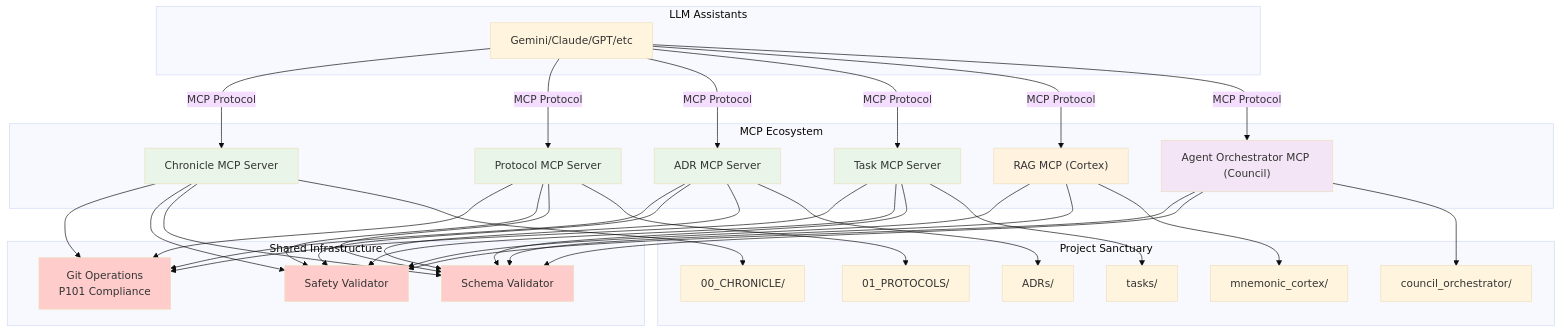
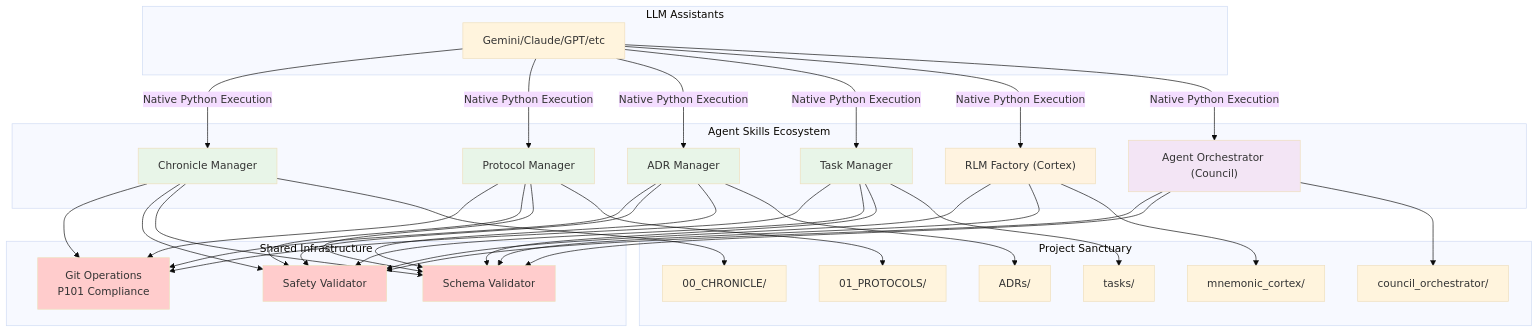
One commit to richfrem/Project_Sanctuary changed the diagram in .agent/skills/chronicle-agent/references/chronicle_ecosystem_context.mmd. Above: the diagram before and after it, drawn with Mermaid. The commit also changed 214 other files, not shown here.

```diff
--- a/.agent/skills/chronicle-agent/references/chronicle_ecosystem_context.mmd
+++ b/.agent/skills/chronicle-agent/references/chronicle_ecosystem_context.mmd
@@ -1,80 +1,80 @@
 ---
 config:
   theme: base
 ---
 %% Name: Chronicle Ecosystem Context
-%% Source: docs/architecture/mcp_servers/architecture/mcp_ecosystem_architecture_v3.md
+%% Source: docs/architecture/agent_skills_architecture.md
 %% Location: docs/architecture_diagrams/system/chronicle_ecosystem_context.mmd
 %% Description: Living Chronicle entry management context
 
 graph TB
     subgraph "LLM Assistants"
         LLM[Gemini/Claude/GPT/etc]
     end
    
-    subgraph "MCP Ecosystem"
-        Chronicle[Chronicle MCP Server]
-        Protocol[Protocol MCP Server]
-        ADR[ADR MCP Server]
-        Task[Task MCP Server]
-        Cortex["RAG MCP (Cortex)"]
-        Council["Agent Orchestrator MCP (Council)"]
+    subgraph "Agent Skills Ecosystem"
+        Chronicle[Chronicle Manager]
+        Protocol[Protocol Manager]
+        ADR[ADR Manager]
+        Task[Task Manager]
+        Cortex["RLM Factory (Cortex)"]
+        Council["Agent Orchestrator (Council)"]
     end
    
     subgraph "Shared Infrastructure"
         Git[Git Operations<br/>P101 Compliance]
         Safety[Safety Validator]
         Schema[Schema Validator]
     end
    
     subgraph "Project Sanctuary"
         ChronicleDir[00_CHRONICLE/]
         ProtocolDir[01_PROTOCOLS/]
         ADRDir[ADRs/]
         TaskDir[tasks/]
         CortexDir[mnemonic_cortex/]
         CouncilDir[council_orchestrator/]
     end
    
-    LLM -->|MCP Protocol| Chronicle
-    LLM -->|MCP Protocol| Protocol
-    LLM -->|MCP Protocol| ADR
-    LLM -->|MCP Protocol| Task
-    LLM -->|MCP Protocol| Cortex
-    LLM -->|MCP Protocol| Council
+    LLM -->|Native Python Execution| Chronicle
+    LLM -->|Native Python Execution| Protocol
+    LLM -->|Native Python Execution| ADR
+    LLM -->|Native Python Execution| Task
+    LLM -->|Native Python Execution| Cortex
+    LLM -->|Native Python Execution| Council
    
     Chronicle --> Git
     Protocol --> Git
     ADR --> Git
     Task --> Git
    
     Chronicle --> Safety
     Protocol --> Safety
     ADR --> Safety
     Task --> Safety
     Cortex --> Safety
     Council --> Safety
    
     Chronicle --> Schema
     Protocol --> Schema
     ADR --> Schema
     Task --> Schema
     Cortex --> Schema
     Council --> Schema
    
     Chronicle --> ChronicleDir
     Protocol --> ProtocolDir
     ADR --> ADRDir
     Task --> TaskDir
     Cortex --> CortexDir
     Council --> CouncilDir
    
     style Chronicle fill:#e8f5e8
     style Protocol fill:#e8f5e8
     style ADR fill:#e8f5e8
     style Task fill:#e8f5e8
     style Cortex fill:#fff3e0
     style Council fill:#f3e5f5
     style Git fill:#ffcccc
     style Safety fill:#ffcccc
     style Schema fill:#ffcccc
```
